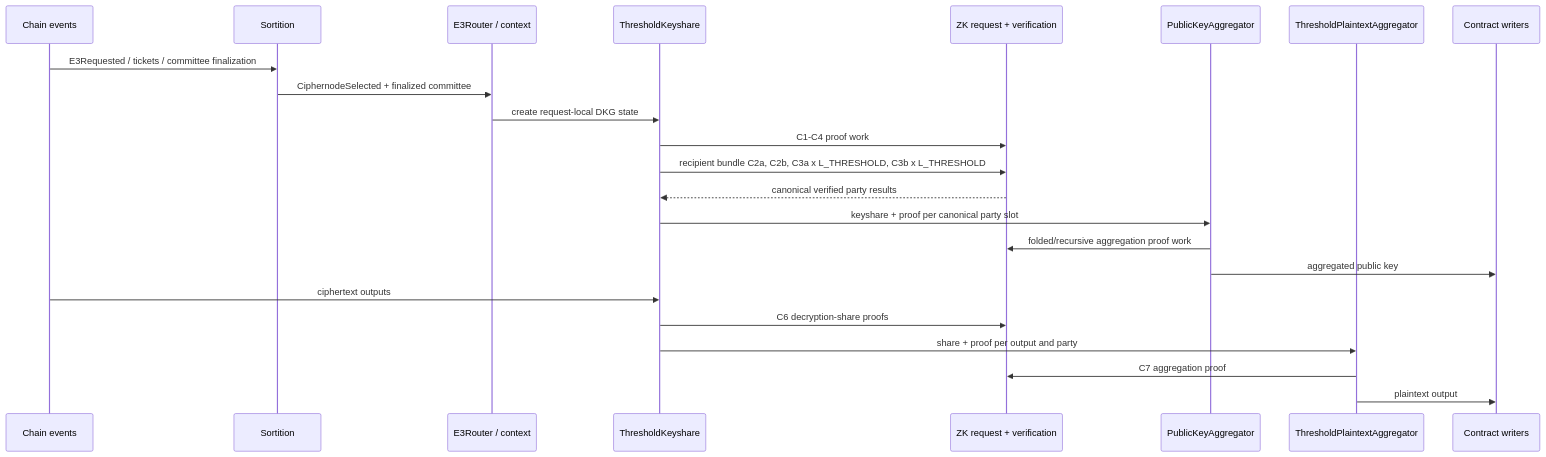
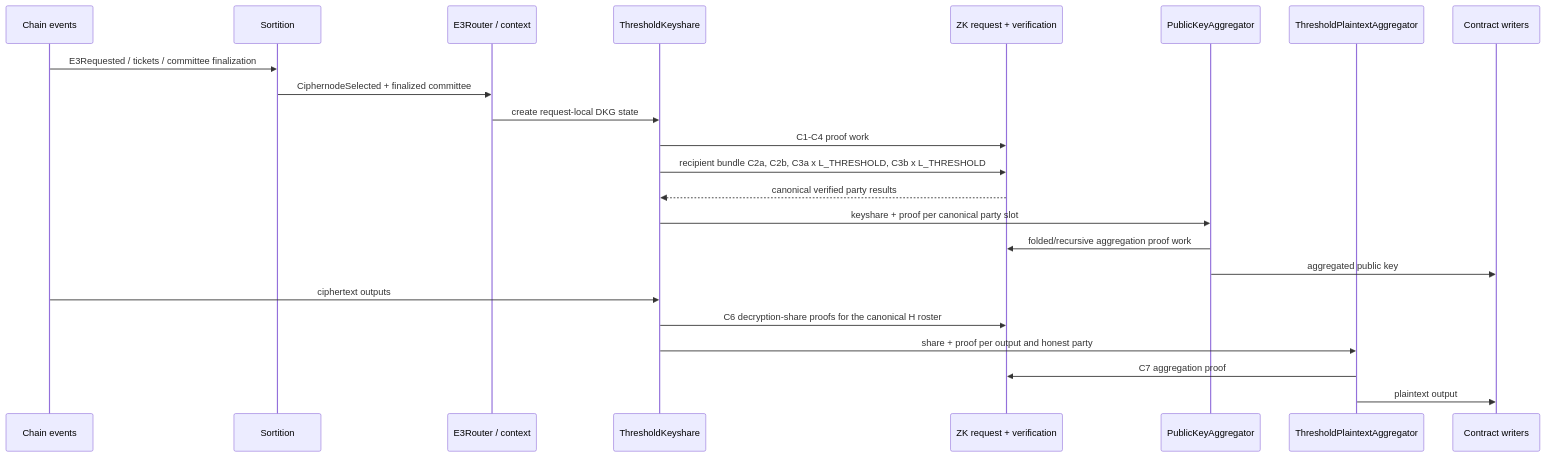
One commit to gnosisguild/interfold changed the eighth of 15 diagrams in agent/CRATES_ARCHITECTURE.md. Above: the diagram before and after it, drawn with Mermaid. The commit also changed 6 other files, not shown here.

Commit message:
fix(benchmarks): restrict decryption work to honest roster

````diff
--- a/agent/CRATES_ARCHITECTURE.md
+++ b/agent/CRATES_ARCHITECTURE.md
@@ -554,26 +554,26 @@
 ```mermaid
 sequenceDiagram
     participant Chain as Chain events
     participant S as Sortition
     participant R as E3Router / context
     participant K as ThresholdKeyshare
     participant Z as ZK request + verification
     participant P as PublicKeyAggregator
     participant T as ThresholdPlaintextAggregator
     participant W as Contract writers
 
     Chain->>S: E3Requested / tickets / committee finalization
     S->>R: CiphernodeSelected + finalized committee
     R->>K: create request-local DKG state
     K->>Z: C1-C4 proof work
     K->>Z: recipient bundle C2a, C2b, C3a x L_THRESHOLD, C3b x L_THRESHOLD
     Z-->>K: canonical verified party results
     K->>P: keyshare + proof per canonical party slot
     P->>Z: folded/recursive aggregation proof work
     P->>W: aggregated public key
     Chain->>K: ciphertext outputs
-    K->>Z: C6 decryption-share proofs
-    K->>T: share + proof per output and party
+    K->>Z: C6 decryption-share proofs for the canonical H roster
+    K->>T: share + proof per output and honest party
     T->>Z: C7 aggregation proof
     T->>W: plaintext output
 ```
````
